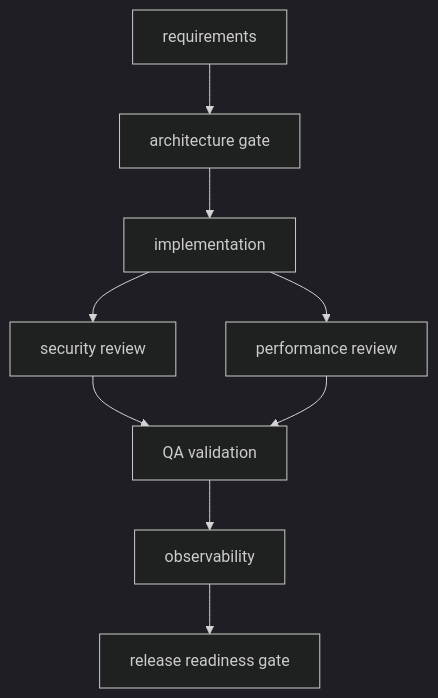
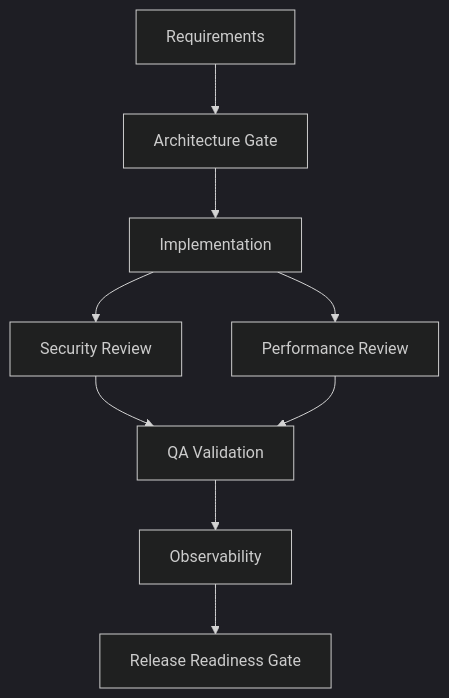
Before and after one commit to samitkumarsaha-blip/AgenticURLShortener: the diagram in docs/orchestration.md, drawn with Mermaid (dark theme). The commit also changed other lines of this file and 16 other files, not shown here.

````diff
--- a/docs/orchestration.md
+++ b/docs/orchestration.md
@@ -29,11 +29,11 @@
 ```mermaid
 flowchart TD
-    R[requirements] --> A[architecture gate]
-    A --> I[implementation]
-    I --> S[security review]
-    I --> P[performance review]
-    S --> Q[QA validation]
+    R[Requirements] --> A[Architecture Gate]
+    A --> I[Implementation]
+    I --> S[Security Review]
+    I --> P[Performance Review]
+    S --> Q[QA Validation]
     P --> Q
-    Q --> O[observability]
-    O --> G[release readiness gate]
+    Q --> O[Observability]
+    O --> G[Release Readiness Gate]
 ```
````
